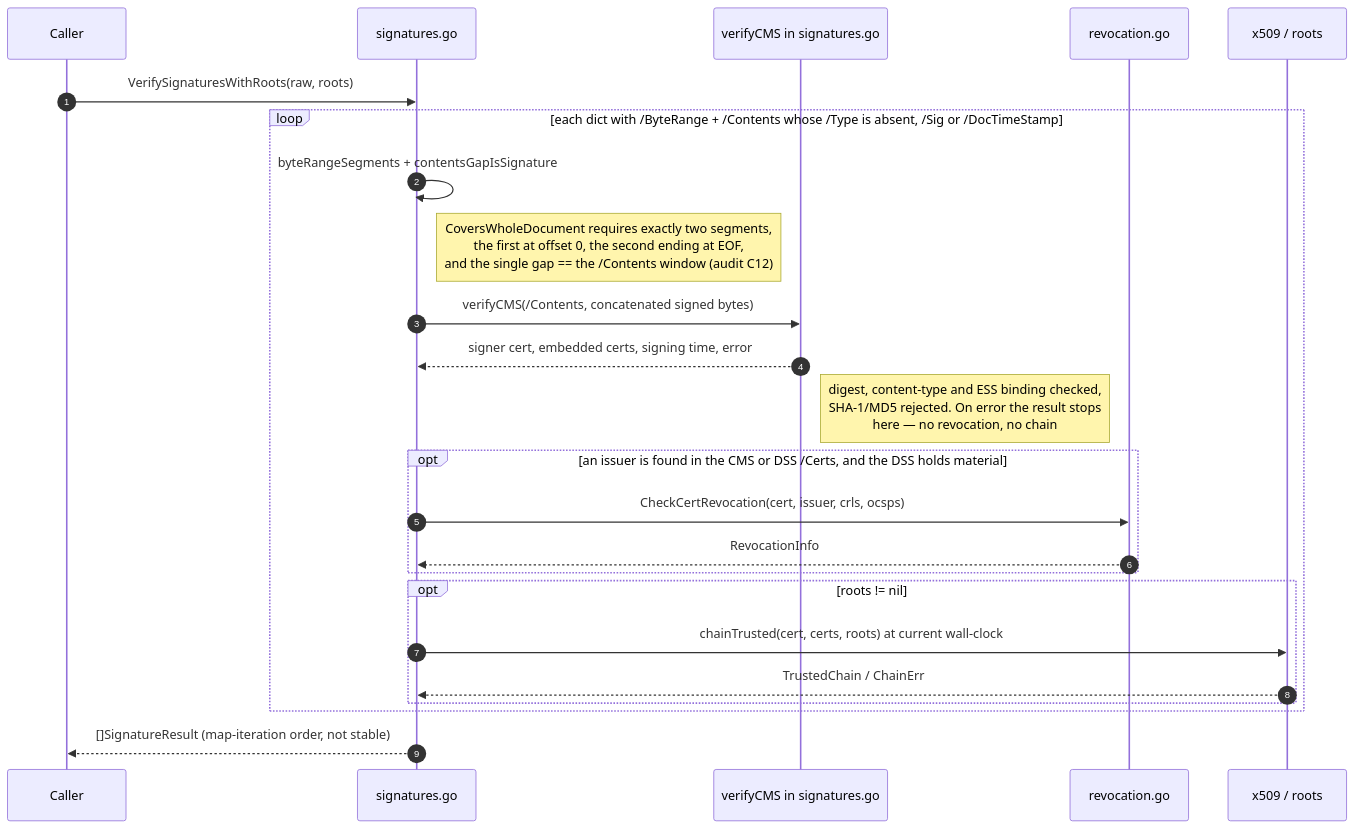
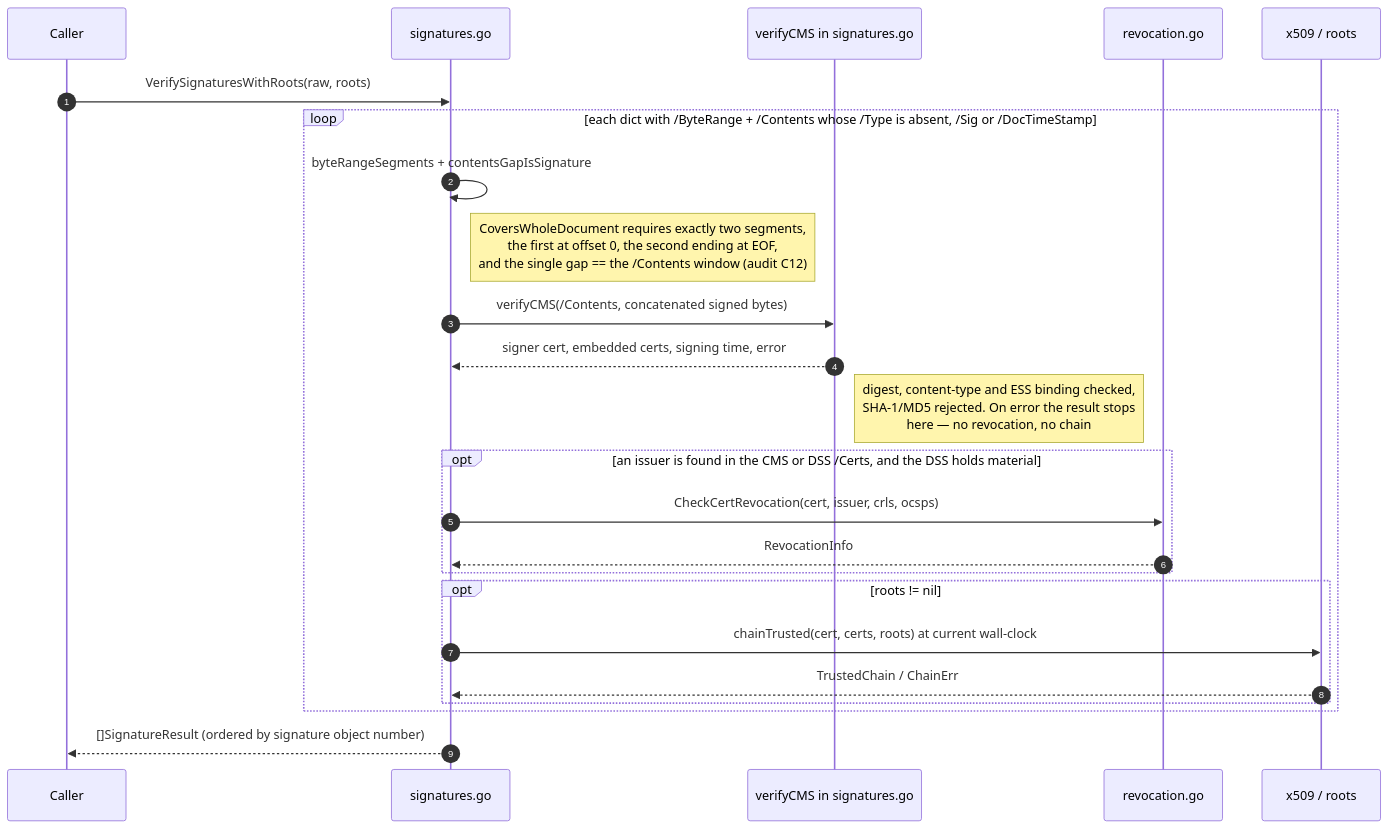
One commit to mgilbir/pdf0 changed the first of 2 diagrams in docs/signing.md. Above: the diagram before and after it, drawn with Mermaid. The commit also changed other lines of this file and 2 other files, not shown here.

First line of the commit message:
Keep the existing form when signing, and give each signature its own name

````diff
--- a/docs/signing.md
+++ b/docs/signing.md
@@ -69,27 +69,27 @@
 ```mermaid
 sequenceDiagram
     autonumber
     participant C as Caller
     participant S as signatures.go
     participant M as verifyCMS in signatures.go
     participant R as revocation.go
     participant X as x509 / roots
 
     C->>S: VerifySignaturesWithRoots(raw, roots)
     loop each dict with /ByteRange + /Contents whose /Type is absent, /Sig or /DocTimeStamp
         S->>S: byteRangeSegments + contentsGapIsSignature
         Note right of S: CoversWholeDocument requires exactly two segments,<br/>the first at offset 0, the second ending at EOF,<br/>and the single gap == the /Contents window (audit C12)
         S->>M: verifyCMS(/Contents, concatenated signed bytes)
         M-->>S: signer cert, embedded certs, signing time, error
         Note right of M: digest, content-type and ESS binding checked,<br/>SHA-1/MD5 rejected. On error the result stops<br/>here — no revocation, no chain
         opt an issuer is found in the CMS or DSS /Certs, and the DSS holds material
             S->>R: CheckCertRevocation(cert, issuer, crls, ocsps)
             R-->>S: RevocationInfo
         end
         opt roots != nil
             S->>X: chainTrusted(cert, certs, roots) at current wall-clock
             X-->>S: TrustedChain / ChainErr
         end
     end
-    S-->>C: []SignatureResult (map-iteration order, not stable)
+    S-->>C: []SignatureResult (ordered by signature object number)
 ```
````
